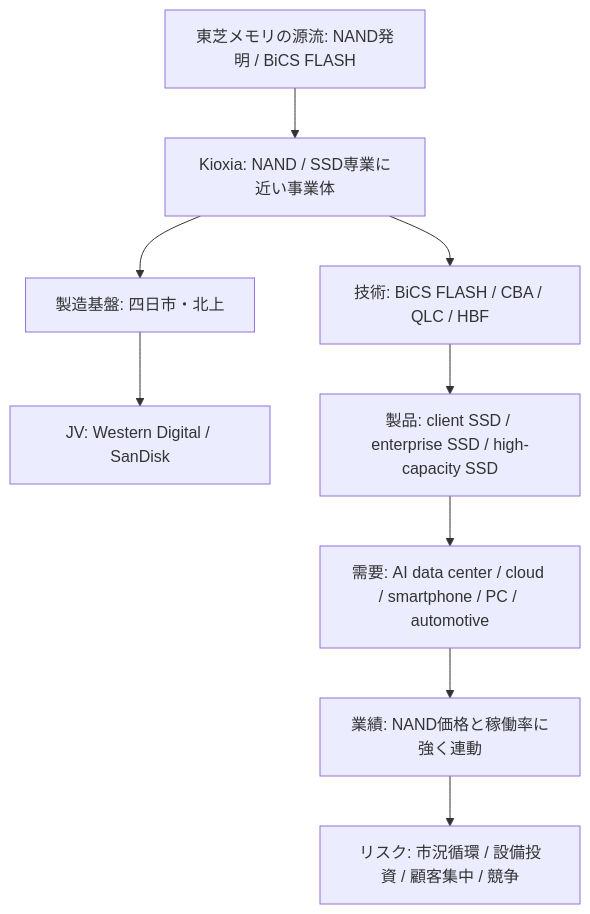
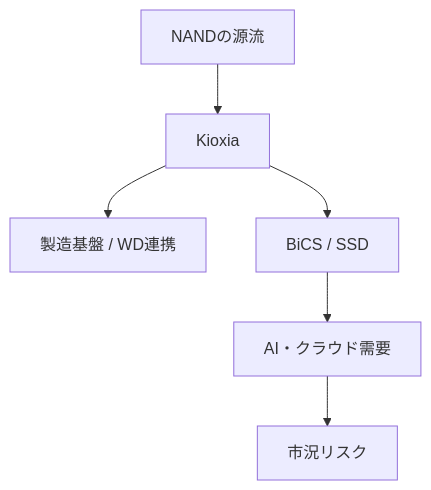
One commit to daylight55/research changed the first of 2 diagrams in src/content/blog/kioxia.mdx. Above: the diagram before and after it, drawn with Mermaid. The commit also changed other lines of this file and 20 other files, not shown here.

Commit message:
Mermaid図の表示サイズを調整

````diff
--- a/src/content/blog/kioxia.mdx
+++ b/src/content/blog/kioxia.mdx
@@ -50,11 +50,8 @@
 ```mermaid
 flowchart TB
-  A["東芝メモリの源流: NAND発明 / BiCS FLASH"] --> B["Kioxia: NAND / SSD専業に近い事業体"]
-  B --> C["製造基盤: 四日市・北上"]
-  C --> D["JV: Western Digital / SanDisk"]
-  B --> E["技術: BiCS FLASH / CBA / QLC / HBF"]
-  E --> F["製品: client SSD / enterprise SSD / high-capacity SSD"]
-  F --> G["需要: AI data center / cloud / smartphone / PC / automotive"]
-  G --> H["業績: NAND価格と稼働率に強く連動"]
-  H --> I["リスク: 市況循環 / 設備投資 / 顧客集中 / 競争"]
+  A["NANDの源流"] --> B["Kioxia"]
+  B --> C["製造基盤 / WD連携"]
+  B --> E["BiCS / SSD"]
+  E --> F["AI・クラウド需要"]
+  F --> G["市況リスク"]
 ```
````
